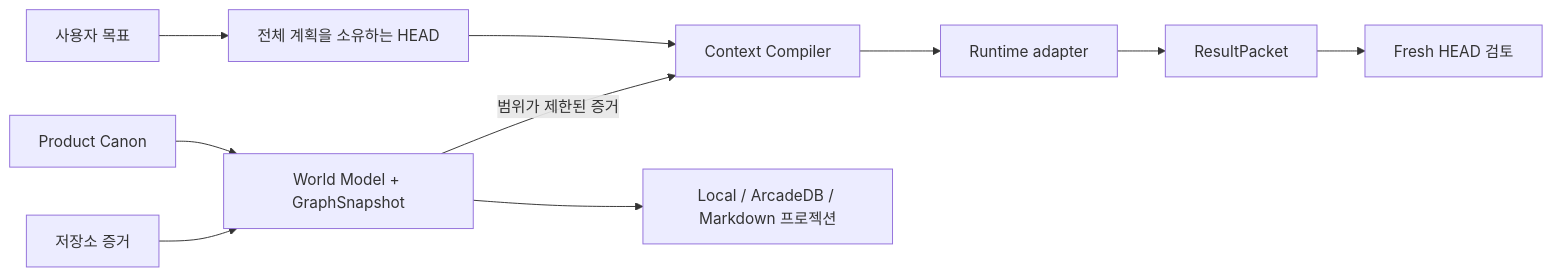
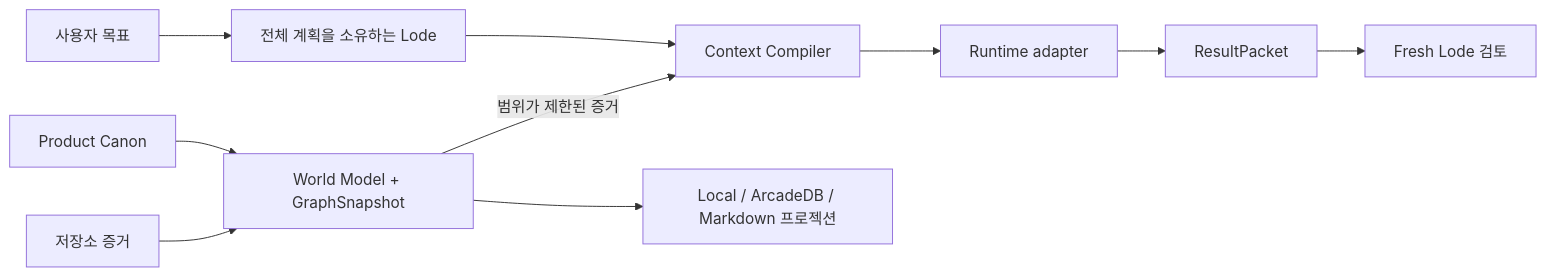
Before and after one commit to binary1215/head-agent-plugin: the first of 2 diagrams in README.ko.md, drawn with Mermaid. The commit also changed other lines of this file and 426 other files, not shown here.

Commit message:
feat: release Lode beta.45 with compatible HEAD carriers

````diff
--- a/README.ko.md
+++ b/README.ko.md
@@ -555,12 +573,12 @@
 ```mermaid
 flowchart LR
-    U[사용자 목표] --> H[전체 계획을 소유하는 HEAD]
+    U[사용자 목표] --> H[전체 계획을 소유하는 Lode]
     PC[Product Canon] --> WM[World Model + GraphSnapshot]
     RE[저장소 증거] --> WM
     H --> CC[Context Compiler]
     WM -->|범위가 제한된 증거| CC
     CC --> RA[Runtime adapter]
     RA --> RP[ResultPacket]
-    RP --> FR[Fresh HEAD 검토]
+    RP --> FR[Fresh Lode 검토]
     WM --> PX[Local / ArcadeDB / Markdown 프로젝션]
 ```
````
